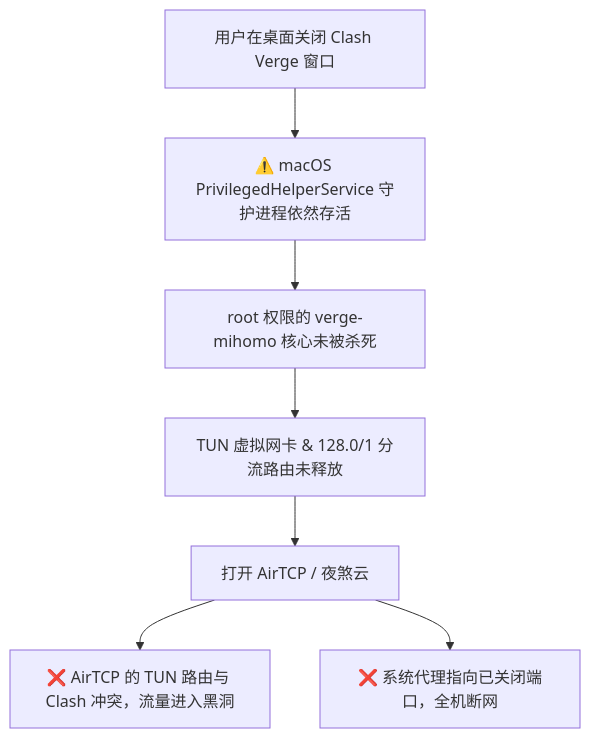
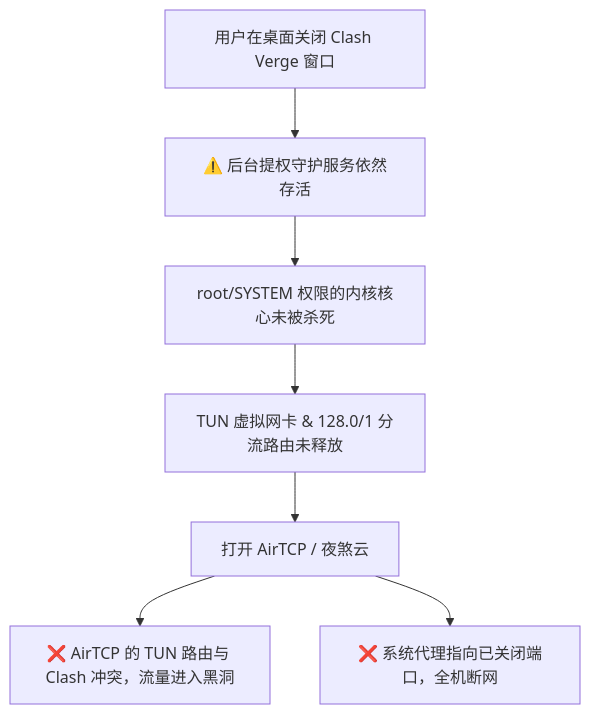
One commit to Rouen007/vpn-troubleshooting-handbook changed the second of 3 diagrams in README.md. Above: the diagram before and after it, drawn with Mermaid. The commit also changed other lines of this file and 2 other files, not shown here.

````diff
--- a/README.md
+++ b/README.md
@@ -170,9 +183,9 @@
 ```mermaid
 flowchart TD
-    A[用户在桌面关闭 Clash Verge 窗口] --> B[⚠️ macOS PrivilegedHelperService 守护进程依然存活]
-    B --> C[root 权限的 verge-mihomo 核心未被杀死]
+    A[用户在桌面关闭 Clash Verge 窗口] --> B[⚠️ 后台提权守护服务依然存活]
+    B --> C[root/SYSTEM 权限的内核核心未被杀死]
     C --> D[TUN 虚拟网卡 & 128.0/1 分流路由未释放]
     D --> E[打开 AirTCP / 夜煞云]
     E --> F[❌ AirTCP 的 TUN 路由与 Clash 冲突，流量进入黑洞]
     E --> G[❌ 系统代理指向已关闭端口，全机断网]
 ```
````
